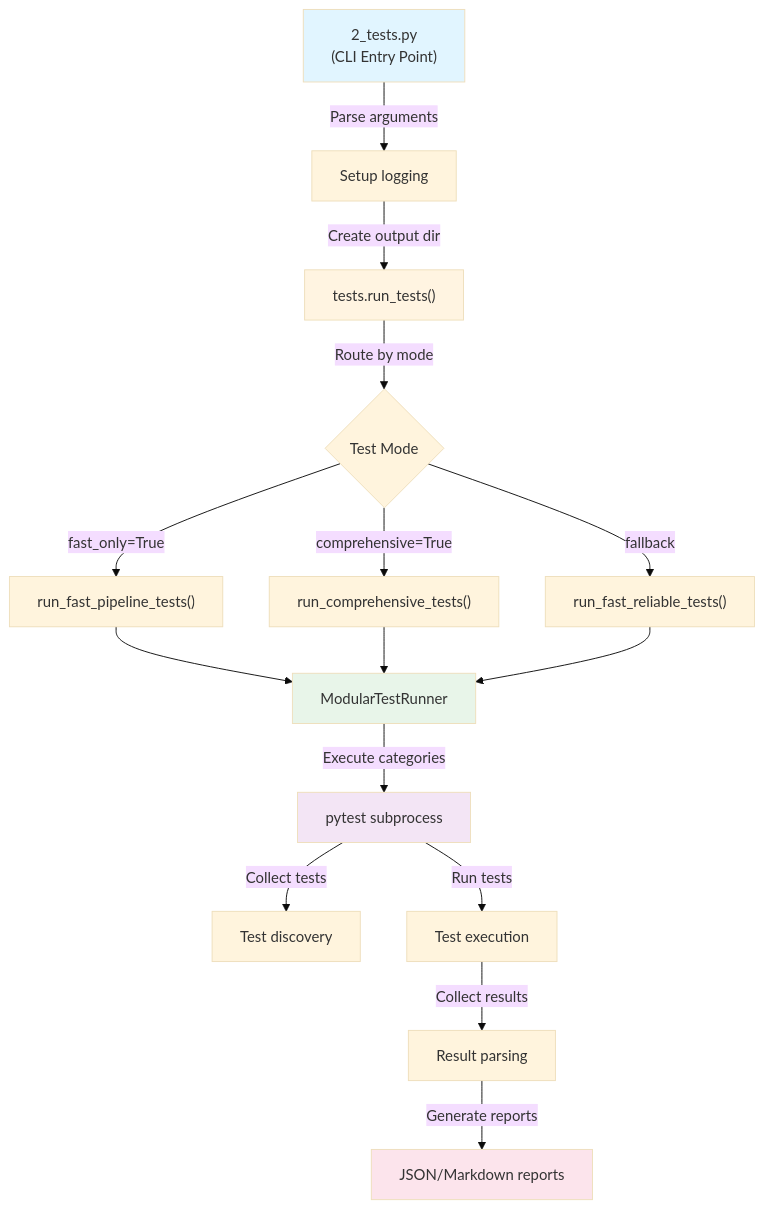
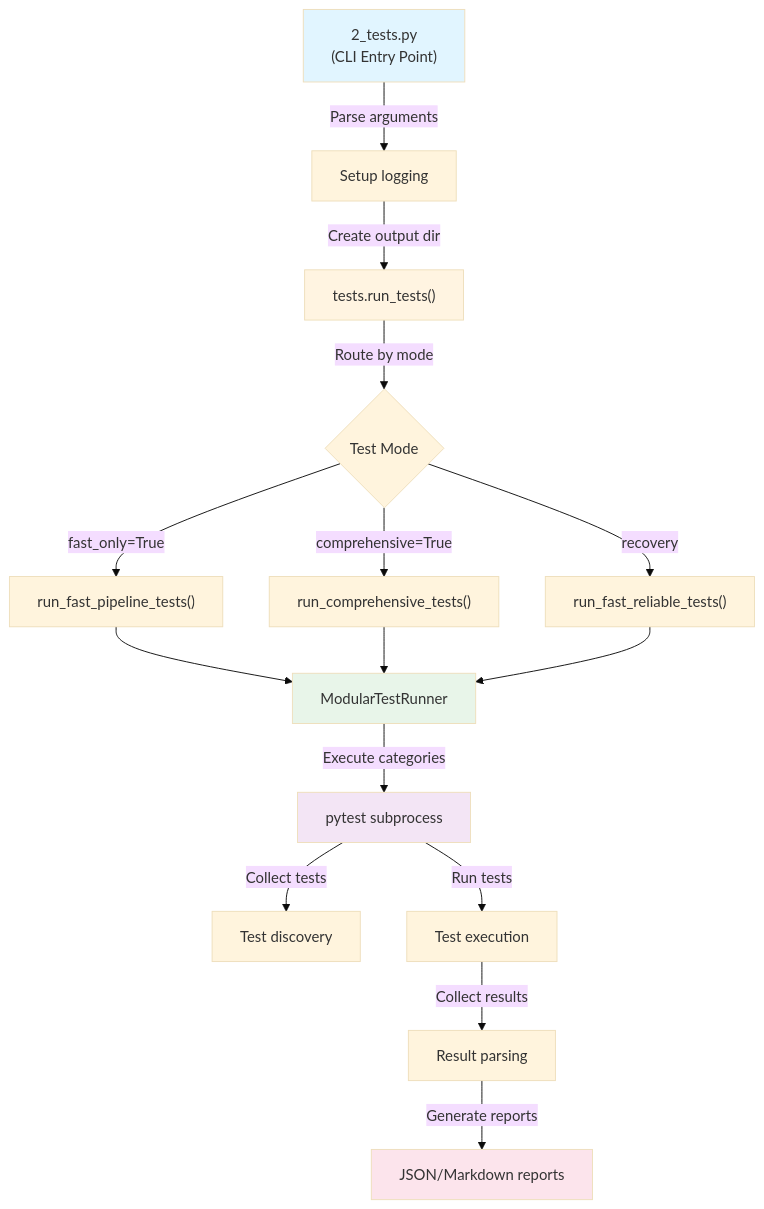
Before and after one commit to ActiveInferenceInstitute/GeneralizedNotationNotation: the first of 2 diagrams in src/tests/README.md, drawn with Mermaid (base theme). The commit also changed other lines of this file and 1183 other files, not shown here.

````diff
--- a/src/tests/README.md
+++ b/src/tests/README.md
@@ -75,25 +75,25 @@
 ```mermaid
 flowchart TD
     A["2_tests.py<br/>(CLI Entry Point)"] -->|"Parse arguments"| B["Setup logging"]
     B -->|"Create output dir"| C["tests.run_tests()"]
     C -->|"Route by mode"| D{"Test Mode"}
     D -->|"fast_only=True"| E["run_fast_pipeline_tests()"]
     D -->|"comprehensive=True"| F["run_comprehensive_tests()"]
-    D -->|"fallback"| G["run_fast_reliable_tests()"]
+    D -->|"recovery"| G["run_fast_reliable_tests()"]
     
     E --> H["ModularTestRunner"]
     F --> H
     G --> H
     
     H -->|"Execute categories"| I["pytest subprocess"]
     I -->|"Collect tests"| J["Test discovery"]
     I -->|"Run tests"| K["Test execution"]
     K -->|"Collect results"| L["Result parsing"]
     L -->|"Generate reports"| M["JSON/Markdown reports"]
     
     style A fill:#e1f5ff
     style C fill:#fff4e1
     style H fill:#e8f5e9
     style I fill:#f3e5f5
     style M fill:#fce4ec
 ```
````
